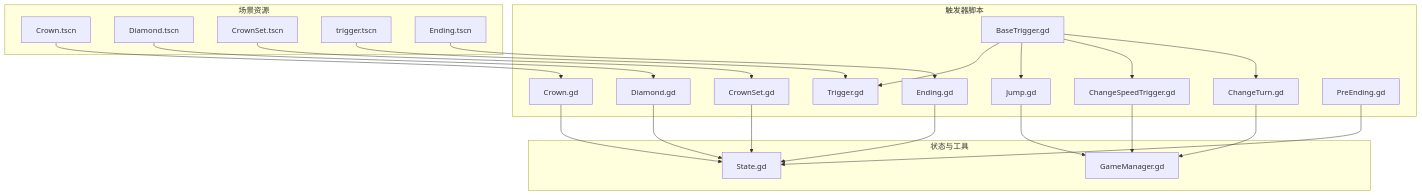
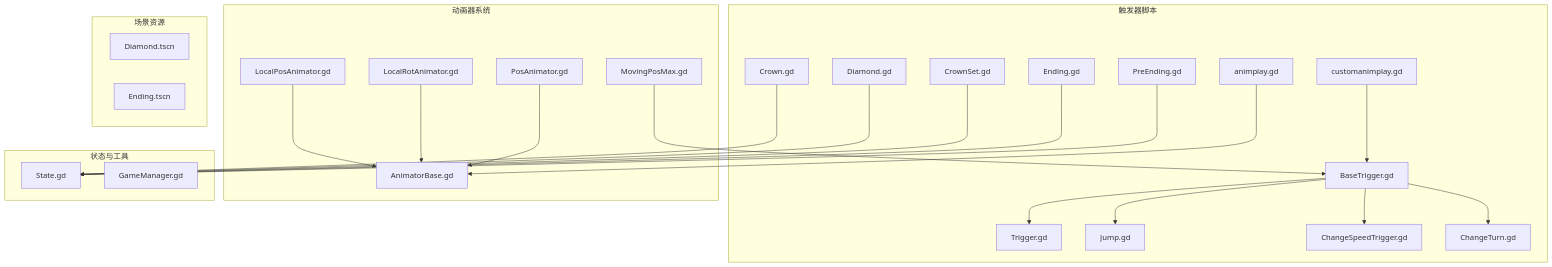
The first of 12 diagrams in .qoder/repowiki/zh/content/游戏系统/触发器系统/触发器系统.md (godotline/godot-line), drawn with Mermaid before and after one commit. The commit also changed other lines of this file and 13 other files, not shown here.

````diff
--- a/.qoder/repowiki/zh/content/游戏系统/触发器系统/触发器系统.md
+++ b/.qoder/repowiki/zh/content/游戏系统/触发器系统/触发器系统.md
@@ -61,43 +72,47 @@
 ```mermaid
 graph TB
 subgraph "触发器脚本"
 BT["BaseTrigger.gd"]
 TR["Trigger.gd"]
 JP["Jump.gd"]
 CST["ChangeSpeedTrigger.gd"]
 CT["ChangeTurn.gd"]
 CR["Crown.gd"]
 DM["Diamond.gd"]
 CS["CrownSet.gd"]
 ED["Ending.gd"]
 PED["PreEnding.gd"]
+AP["animplay.gd"]
+CAP["customanimplay.gd"]
+end
+subgraph "动画器系统"
+AB["AnimatorBase.gd"]
+LPA["LocalPosAnimator.gd"]
+LRA["LocalRotAnimator.gd"]
+POA["PosAnimator.gd"]
+MPM["MovingPosMax.gd"]
 end
 subgraph "状态与工具"
 ST["State.gd"]
 GM["GameManager.gd"]
 end
 subgraph "场景资源"
-SCRC["Crown.tscn"]
 SMD["Diamond.tscn"]
-SCS["CrownSet.tscn"]
-STR["trigger.tscn"]
 SED["Ending.tscn"]
 end
 BT --> TR
 BT --> JP
 BT --> CST
 BT --> CT
 CR --> ST
 DM --> ST
 CS --> ST
 ED --> ST
 PED --> ST
-JP --> GM
-CST --> GM
-CT --> GM
-SCRC --> CR
-SMD --> DM
-SCS --> CS
-STR --> TR
-SED --> ED
+AP --> AB
+CAP --> BT
+LPA --> AB
+LRA --> AB
+POA --> AB
+MPM --> BT
 ```
````
